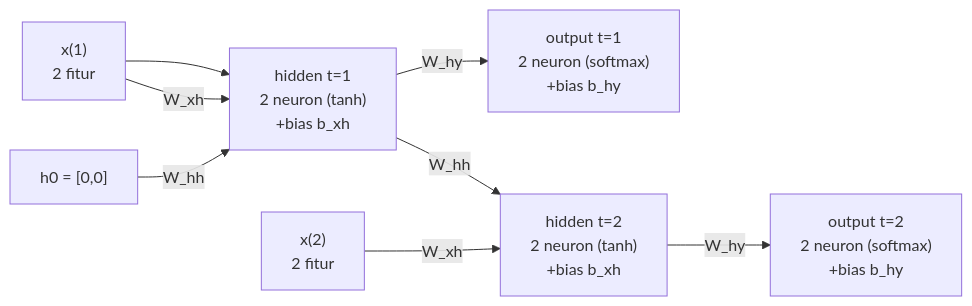
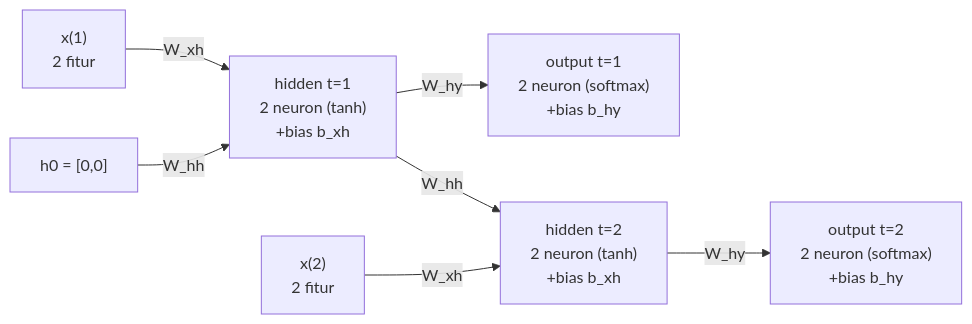
One commit to reletz/if-23-itb-notes changed the diagram in content/02. Catatan/IF3270 Pembelajaran Mesin/uas/Pembahasan-Paket-Soal-IF3270-UAS-full-01.md. Above: the diagram before and after it, drawn with Mermaid. The commit also changed 30 other files, not shown here.

````diff
--- a/content/02. Catatan/IF3270 Pembelajaran Mesin/uas/Pembahasan-Paket-Soal-IF3270-UAS-full-01.md
+++ b/content/02. Catatan/IF3270 Pembelajaran Mesin/uas/Pembahasan-Paket-Soal-IF3270-UAS-full-01.md
@@ -81,10 +81,9 @@
 ```mermaid
 flowchart LR
-    X1["x(1)<br/>2 fitur"] --> H1["hidden t=1<br/>2 neuron (tanh)<br/>+bias b_xh"]
+    X1["x(1)<br/>2 fitur"] -->|W_xh| H1["hidden t=1<br/>2 neuron (tanh)<br/>+bias b_xh"]
     H0["h0 = [0,0]"] -->|W_hh| H1
     H1 -->|W_hy| Y1["output t=1<br/>2 neuron (softmax)<br/>+bias b_hy"]
     X2["x(2)<br/>2 fitur"] -->|W_xh| H2["hidden t=2<br/>2 neuron (tanh)<br/>+bias b_xh"]
     H1 -->|W_hh| H2
     H2 -->|W_hy| Y2["output t=2<br/>2 neuron (softmax)<br/>+bias b_hy"]
-    X1 -->|W_xh| H1
 ```
````
